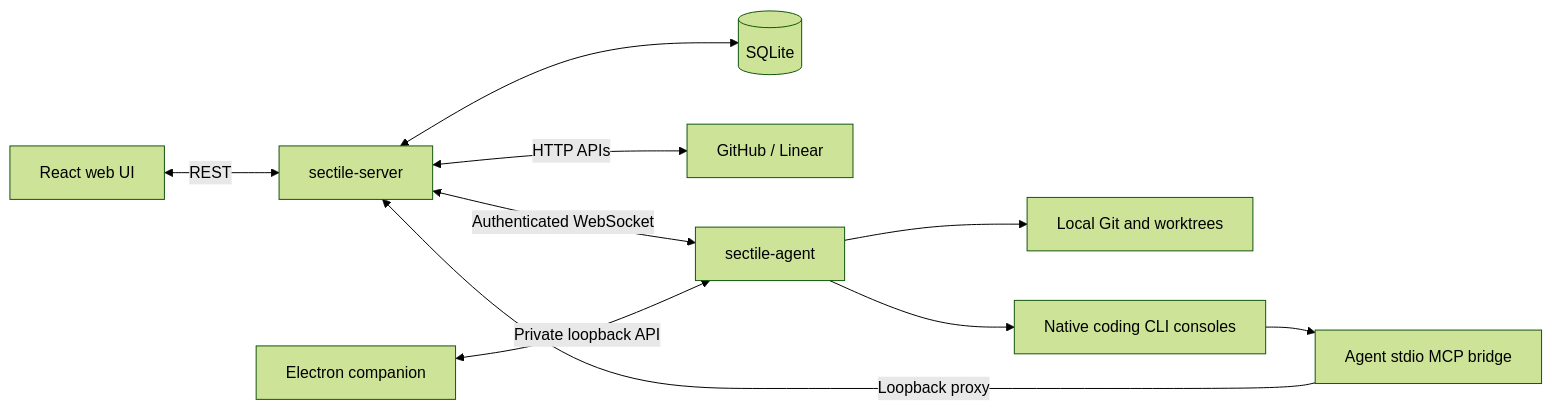
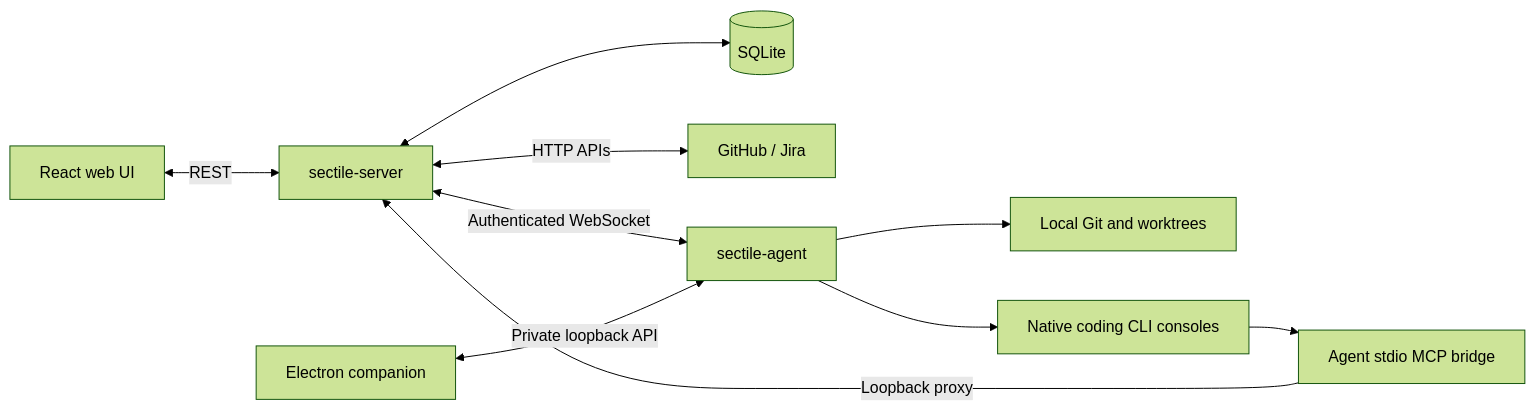
The diagram in docs/ARCHITECTURE.md (sebastienferry/sectile), drawn with Mermaid (forest theme) before and after one commit. The commit also changed other lines of this file and 52 other files, not shown here.

````diff
--- a/docs/ARCHITECTURE.md
+++ b/docs/ARCHITECTURE.md
@@ -6,12 +6,12 @@
 ```mermaid
 flowchart LR
     Browser[React web UI] <-->|REST| Server[sectile-server]
     Server <--> SQLite[(SQLite)]
-    Server <-->|HTTP APIs| Trackers[GitHub / Linear]
+    Server <-->|HTTP APIs| Trackers[GitHub / Jira]
     Server <-->|Authenticated WebSocket| Agent[sectile-agent]
     Desktop[Electron companion] <-->|Private loopback API| Agent
     Agent --> Git[Local Git and worktrees]
     Agent --> PTY[Native coding CLI consoles]
     PTY --> MCP[Agent stdio MCP bridge]
     MCP -->|Loopback proxy| Server
 ```
````
